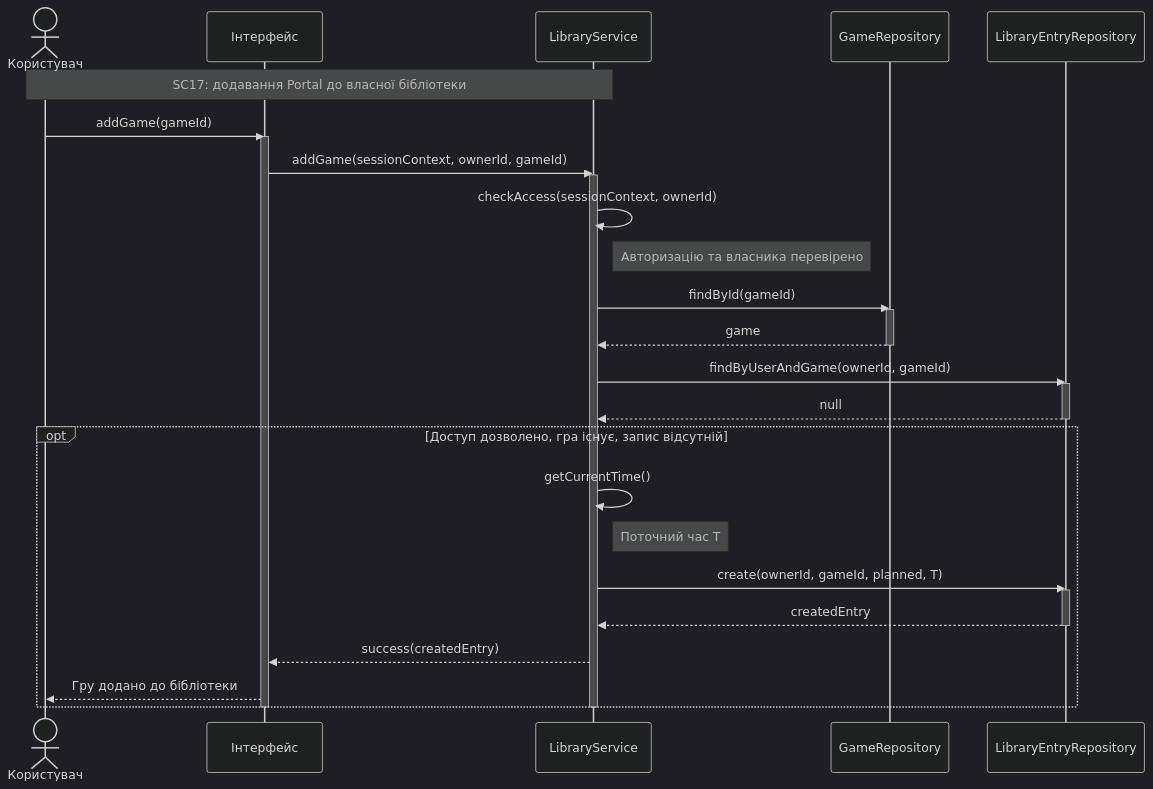
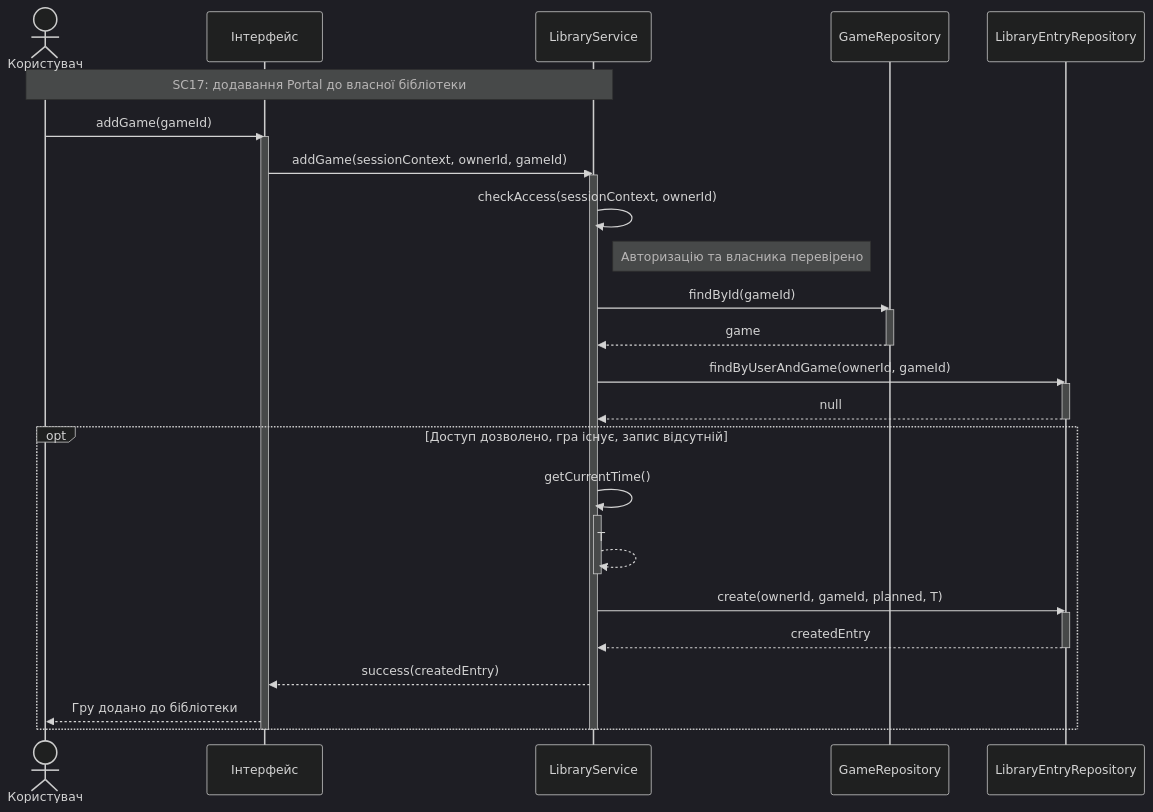
One commit to Bbg0kif/KPI changed the diagram in Lab3/sc17-add-game.mmd. Above: the diagram before and after it, drawn with Mermaid (dark theme). The commit also changed 2 other files, not shown here.

```diff
--- a/Lab3/sc17-add-game.mmd
+++ b/Lab3/sc17-add-game.mmd
@@ -1,42 +1,44 @@
 sequenceDiagram
     actor User as Користувач
     participant UI as Інтерфейс
     participant LS as LibraryService
     participant GR as GameRepository
     participant LR as LibraryEntryRepository
 
     Note over User,LS: SC17: додавання Portal до власної бібліотеки
 
     User->>UI: addGame(gameId)
     activate UI
     UI->>LS: addGame(sessionContext, ownerId, gameId)
     activate LS
 
     LS->>LS: checkAccess(sessionContext, ownerId)
     Note right of LS: Авторизацію та власника перевірено
 
     LS->>GR: findById(gameId)
     activate GR
     GR-->>LS: game
     deactivate GR
 
     LS->>LR: findByUserAndGame(ownerId, gameId)
     activate LR
     LR-->>LS: null
     deactivate LR
 
     opt Доступ дозволено, гра існує, запис відсутній
         LS->>LS: getCurrentTime()
-        Note right of LS: Поточний час T
+        activate LS
+        LS-->>LS: T
+        deactivate LS
 
         LS->>LR: create(ownerId, gameId, planned, T)
         activate LR
         LR-->>LS: createdEntry
         deactivate LR
 
         LS-->>UI: success(createdEntry)
         UI-->>User: Гру додано до бібліотеки
     end
 
     deactivate LS
     deactivate UI
```
